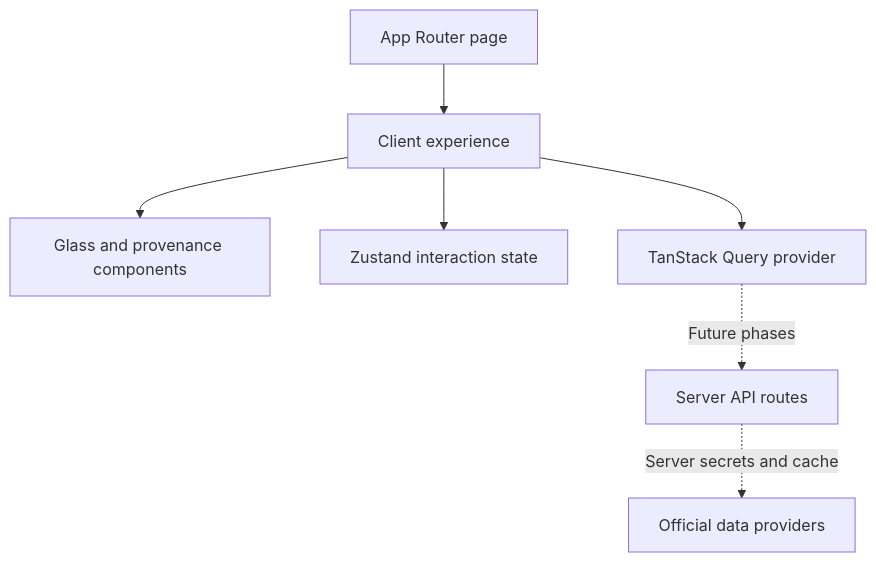
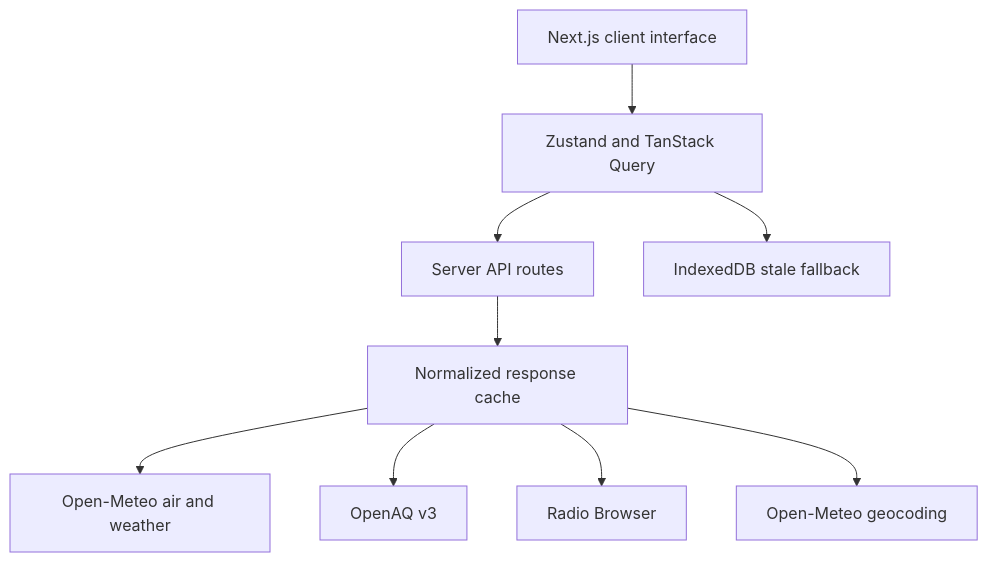
One commit to shubhang-aarya/breathe changed the diagram in README.md. Above: the diagram before and after it, drawn with Mermaid. The commit also changed other lines of this file and 11 other files, not shown here.

````diff
--- a/README.md
+++ b/README.md
@@ -70,9 +67,11 @@
 ```mermaid
 flowchart TD
-  Page[App Router page] --> Experience[Client experience]
-  Experience --> Glass[Glass and provenance components]
-  Experience --> State[Zustand interaction state]
-  Experience --> Provider[TanStack Query provider]
-  Provider -. Future phases .-> Routes[Server API routes]
-  Routes -. Server secrets and cache .-> Sources[Official data providers]
+  UI[Next.js client interface] --> State[Zustand and TanStack Query]
+  State --> Routes[Server API routes]
+  Routes --> Cache[Normalized response cache]
+  Cache --> Air[Open-Meteo air and weather]
+  Cache --> Stations[OpenAQ v3]
+  Cache --> Radio[Radio Browser]
+  Cache --> Search[Open-Meteo geocoding]
+  State --> Offline[IndexedDB stale fallback]
 ```
````
